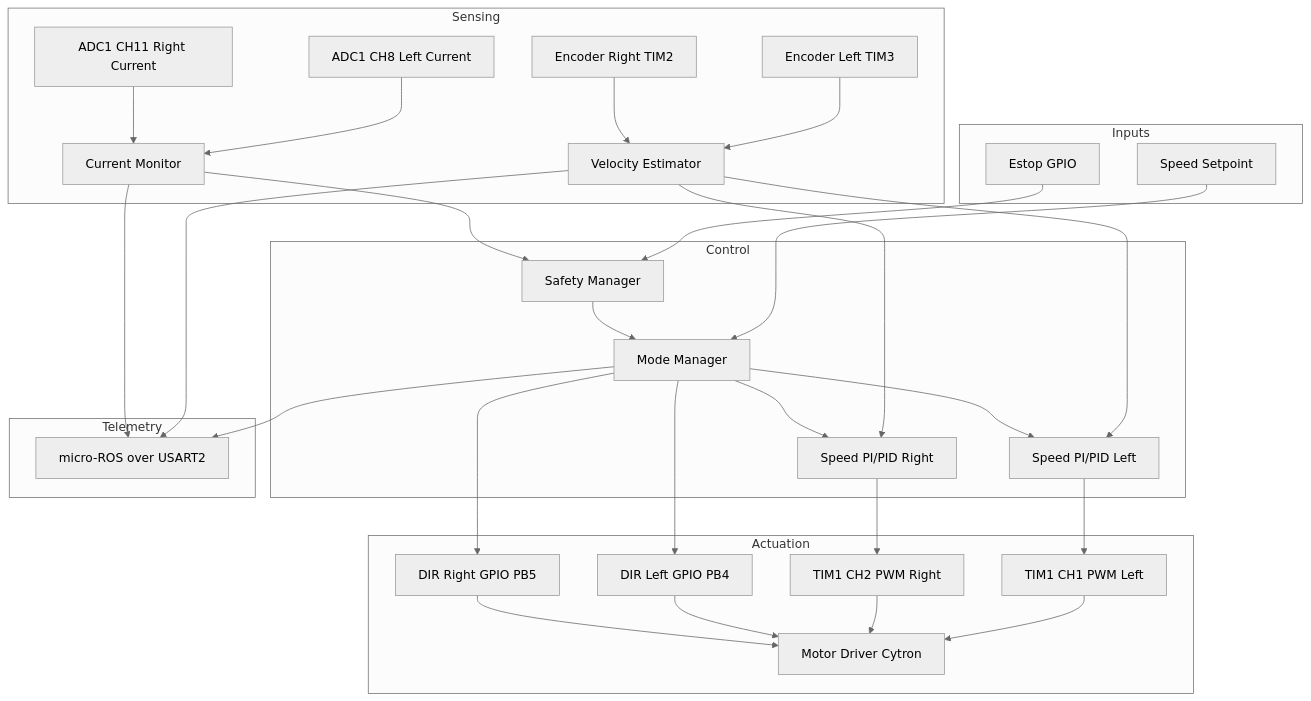
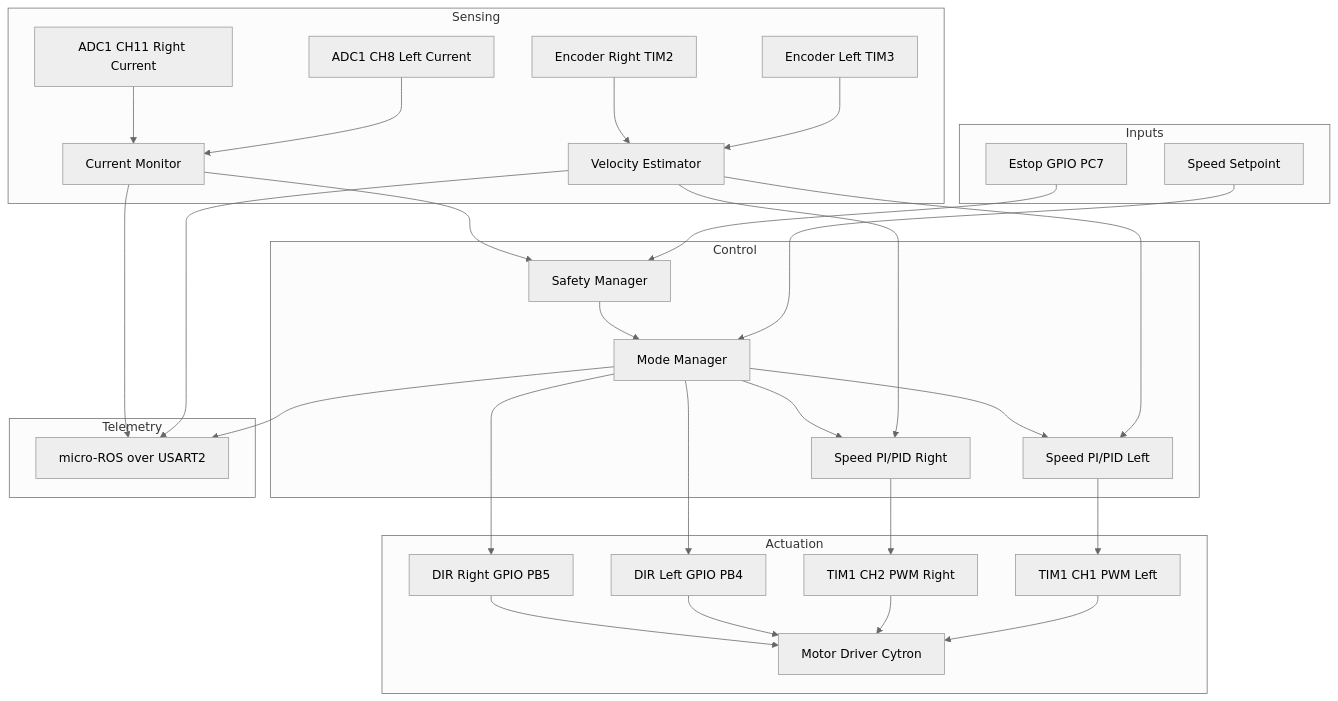
One commit to KartikMehta-1/AMR-development changed the first of 4 diagrams in docs/STM_architecture.md. Above: the diagram before and after it, drawn with Mermaid (neutral theme). The commit also changed other lines of this file and 7 other files, not shown here.

````diff
--- a/docs/STM_architecture.md
+++ b/docs/STM_architecture.md
@@ -58,64 +59,64 @@
 ```mermaid
 graph TD
   subgraph Inputs
     CMD[Speed Setpoint]
-    ESTOP[Estop GPIO]
+    ESTOP[Estop GPIO PC7]
   end
 
   subgraph Sensing
     ENC_L[Encoder Left TIM3]
     ENC_R[Encoder Right TIM2]
     ADC_L[ADC1 CH8 Left Current]
     ADC_R[ADC1 CH11 Right Current]
     VEL[Velocity Estimator]
     CUR_MON[Current Monitor]
   end
 
   subgraph Control
     MODE[Mode Manager]
     SAFE[Safety Manager]
     W_L[Speed PI/PID Left]
     W_R[Speed PI/PID Right]
   end
 
   subgraph Actuation
     PWM1[TIM1 CH1 PWM Left]
     PWM2[TIM1 CH2 PWM Right]
     DIRL[DIR Left GPIO PB4]
     DIRR[DIR Right GPIO PB5]
     MDD[Motor Driver Cytron]
   end
 
   subgraph Telemetry
     UROS[micro-ROS over USART2]
   end
 
   CMD --> MODE
   ESTOP --> SAFE
   SAFE --> MODE
 
   ENC_L --> VEL
   ENC_R --> VEL
   VEL --> W_L
   VEL --> W_R
 
   ADC_L --> CUR_MON
   ADC_R --> CUR_MON
   CUR_MON --> SAFE
 
   MODE --> W_L
   MODE --> W_R
   W_L --> PWM1
   W_R --> PWM2
   MODE --> DIRL
   MODE --> DIRR
 
   PWM1 --> MDD
   PWM2 --> MDD
   DIRL --> MDD
   DIRR --> MDD
 
   VEL --> UROS
   CUR_MON --> UROS
   MODE --> UROS
 ```
````
